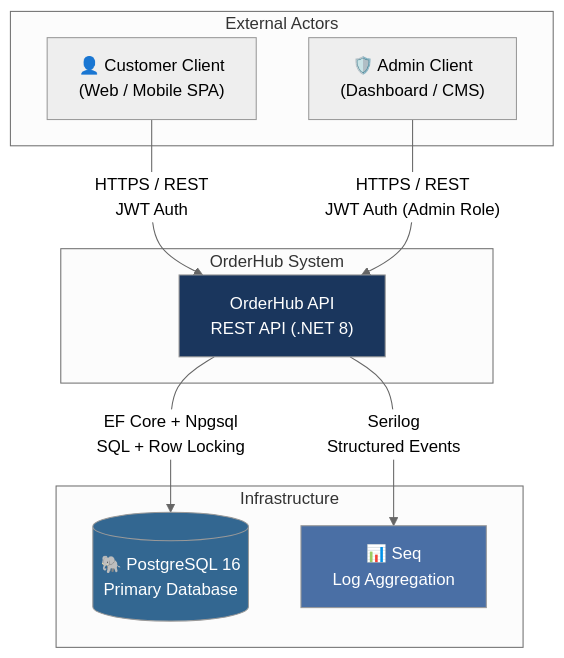
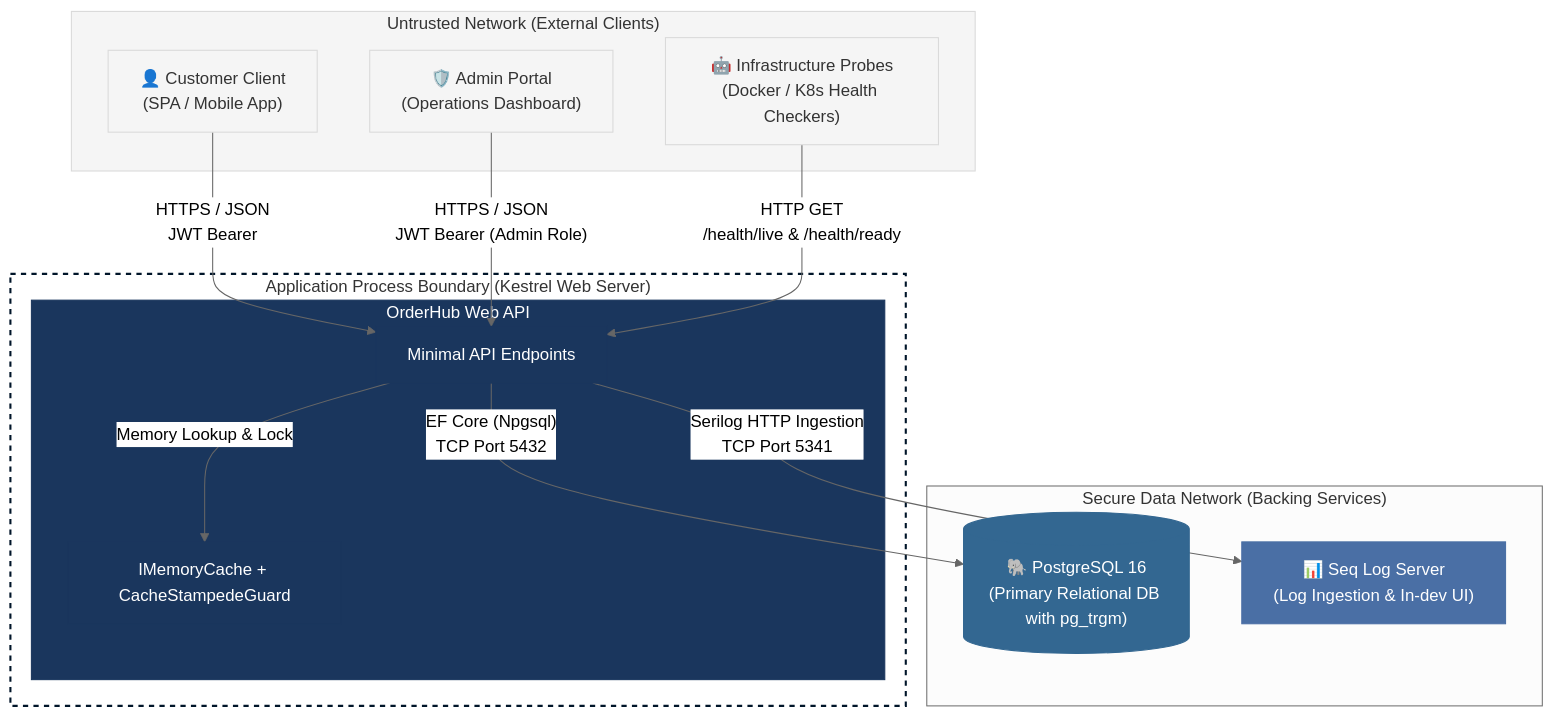
One commit to datngw/OrderHub changed the diagram in docs/docusaurus/docs/architecture/03-context.md. Above: the diagram before and after it, drawn with Mermaid (neutral theme). The commit also changed other lines of this file and 28 other files, not shown here.

Commit message:
docs: Rewrite arc42 architecture docs and consolidate ADRs

````diff
--- a/docs/docusaurus/docs/architecture/03-context.md
+++ b/docs/docusaurus/docs/architecture/03-context.md
@@ -13,25 +17,42 @@
 ```mermaid
 graph TB
-    subgraph External Actors
-        Customer["👤 Customer Client<br/>(Web / Mobile SPA)"]
-        Admin["🛡️ Admin Client<br/>(Dashboard / CMS)"]
+    subgraph Clients ["Untrusted Network (External Clients)"]
+        Customer["👤 Customer Client<br/>(SPA / Mobile App)"]
+        Admin["🛡️ Admin Portal<br/>(Operations Dashboard)"]
+        Probes["🤖 Infrastructure Probes<br/>(Docker / K8s Health Checkers)"]
     end
 
-    subgraph "OrderHub System"
-        API["OrderHub API<br/>REST API (.NET 8)"]
+    subgraph Boundary ["Application Process Boundary (Kestrel Web Server)"]
+        subgraph API ["OrderHub Web API"]
+            Endpoints["Minimal API Endpoints"]
+            Cache["IMemoryCache + CacheStampedeGuard"]
+        end
     end
 
-    subgraph Infrastructure
-        PG[("🐘 PostgreSQL 16<br/>Primary Database")]
-        SEQ["📊 Seq<br/>Log Aggregation"]
+    subgraph Storage ["Secure Data Network (Backing Services)"]
+        PG[("🐘 PostgreSQL 16<br/>(Primary Relational DB with pg_trgm)")]
+        SEQ["📊 Seq Log Server<br/>(Log Ingestion & In-dev UI)"]
     end
 
-    Customer -->|"HTTPS / REST<br/>JWT Auth"| API
-    Admin -->|"HTTPS / REST<br/>JWT Auth (Admin Role)"| API
-    API -->|"EF Core + Npgsql<br/>SQL + Row Locking"| PG
-    API -->|"Serilog<br/>Structured Events"| SEQ
+    %% Client communication
+    Customer -->|"HTTPS / JSON<br/>JWT Bearer"| Endpoints
+    Admin -->|"HTTPS / JSON<br/>JWT Bearer (Admin Role)"| Endpoints
+    Probes -->|"HTTP GET<br/>/health/live & /health/ready"| Endpoints
 
-    style API fill:#1a365d,color:#fff
-    style PG fill:#336791,color:#fff
-    style SEQ fill:#4a6fa5,color:#fff
+    %% Application dependencies
+    Endpoints -->|"Memory Lookup & Lock"| Cache
+    Endpoints -->|"EF Core (Npgsql)<br/>TCP Port 5432"| PG
+    Endpoints -->|"Serilog HTTP Ingestion<br/>TCP Port 5341"| SEQ
+
+    classDef api fill:#1a365d,stroke:#1a365d,color:#fff;
+    classDef client fill:#f5f5f5,stroke:#d9d9d9,color:#333;
+    classDef storage fill:#336791,stroke:#336791,color:#fff;
+    classDef seq fill:#4a6fa5,stroke:#4a6fa5,color:#fff;
+    classDef boundary fill:none,stroke:#001529,stroke-width:2px,stroke-dasharray: 5 5;
+
+    class API,Endpoints,Cache api;
+    class Customer,Admin,Probes,Clients client;
+    class PG storage;
+    class SEQ seq;
+    class Boundary boundary;
 ```
````
